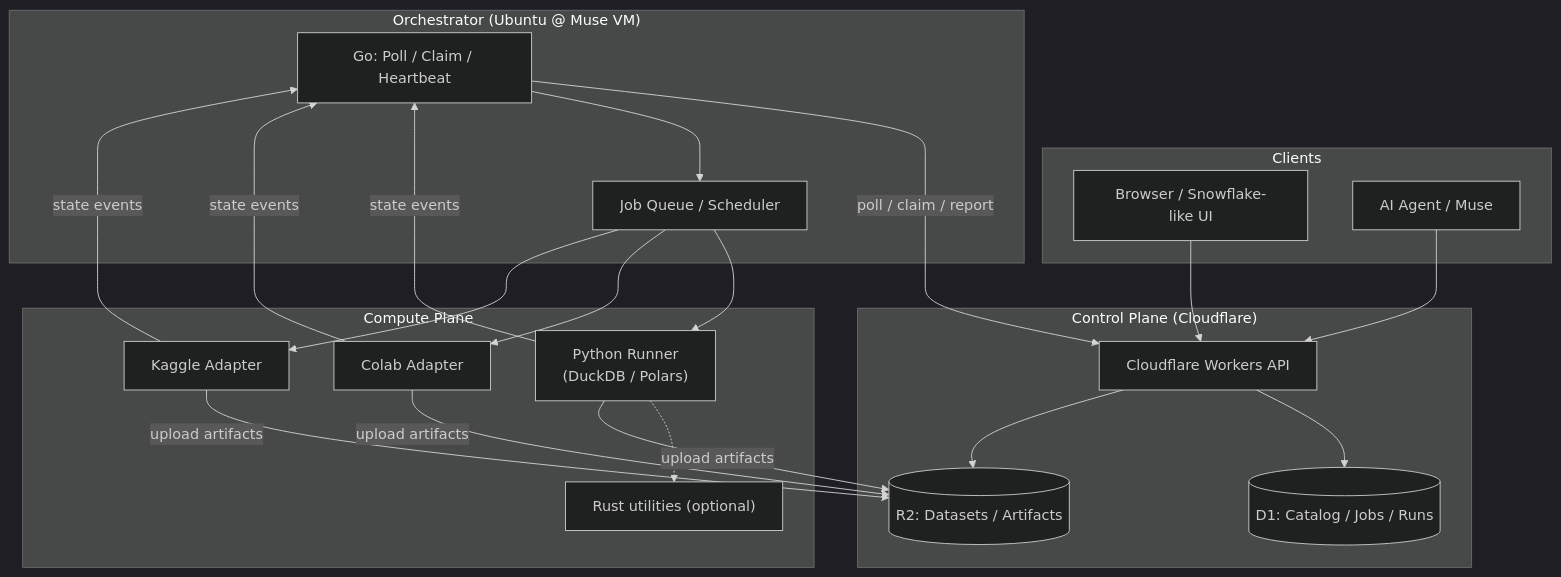
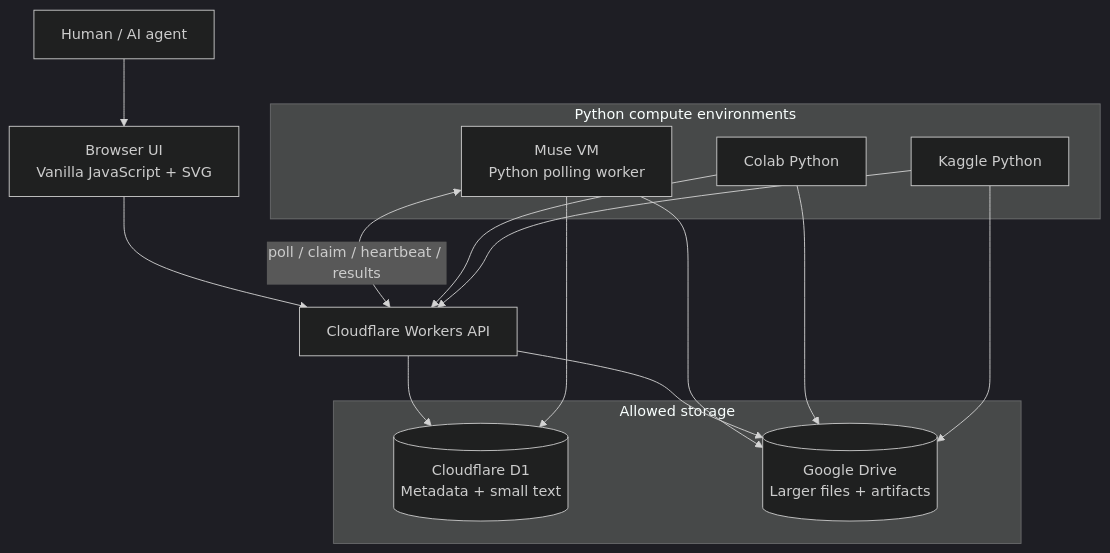
The diagram in docs/architecture.mmd (bonsai/yukidaruma), drawn with Mermaid (dark theme) before and after one commit.

Commit message:
docs: align Mermaid architecture with fixed constraints

```diff
--- a/docs/architecture.mmd
+++ b/docs/architecture.mmd
@@ -1,46 +1,22 @@
-%% Yukidaruma architecture — Control Plane vs Compute Plane
-%% Render with any Mermaid-compatible viewer.
-
+%% Yukidaruma — constrained architecture
 flowchart TB
-  subgraph Clients
-    Browser["Browser / Snowflake-like UI"]
-    Agent["AI Agent / Muse"]
+  User["Human / AI agent"] --> UI["Browser UI<br/>Vanilla JavaScript + SVG"]
+  UI --> API["Cloudflare Workers API"]
+  subgraph Storage["Allowed storage"]
+    D1[("Cloudflare D1<br/>Metadata + small text")]
+    Drive[("Google Drive<br/>Larger files + artifacts")]
   end
-
-  subgraph ControlPlane["Control Plane (Cloudflare)"]
-    Workers["Cloudflare Workers API"]
-    D1[("D1: Catalog / Jobs / Runs")]
-    R2[("R2: Datasets / Artifacts")]
+  API --> D1
+  API --> Drive
+  subgraph Compute["Python compute environments"]
+    Muse["Muse VM<br/>Python polling worker"]
+    Colab["Colab Python"]
+    Kaggle["Kaggle Python"]
   end
-
-  subgraph Orchestrator["Orchestrator (Ubuntu @ Muse VM)"]
-    GoAPI["Go: Poll / Claim / Heartbeat"]
-    Queue["Job Queue / Scheduler"]
-  end
-
-  subgraph ComputePlane["Compute Plane"]
-    PyRunner["Python Runner\n(DuckDB / Polars)"]
-    Colab["Colab Adapter"]
-    Kaggle["Kaggle Adapter"]
-    RustCLI["Rust utilities (optional)"]
-  end
-
-  Browser --> Workers
-  Agent --> Workers
-  Workers --> D1
-  Workers --> R2
-
-  GoAPI -->|poll / claim / report| Workers
-  GoAPI --> Queue
-  Queue --> PyRunner
-  Queue --> Colab
-  Queue --> Kaggle
-  PyRunner -.-> RustCLI
-
-  PyRunner -->|upload artifacts| R2
-  Colab -->|upload artifacts| R2
-  Kaggle -->|upload artifacts| R2
-
-  PyRunner -->|state events| GoAPI
-  Colab -->|state events| GoAPI
-  Kaggle -->|state events| GoAPI
+  Muse <-->|"poll / claim / heartbeat / results"| API
+  Muse --> D1
+  Muse --> Drive
+  Colab --> API
+  Kaggle --> API
+  Colab --> Drive
+  Kaggle --> Drive
```
